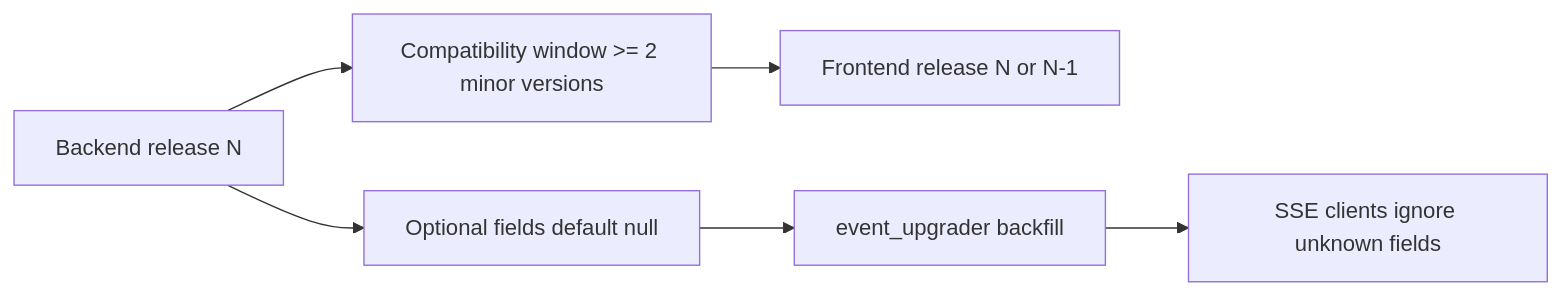
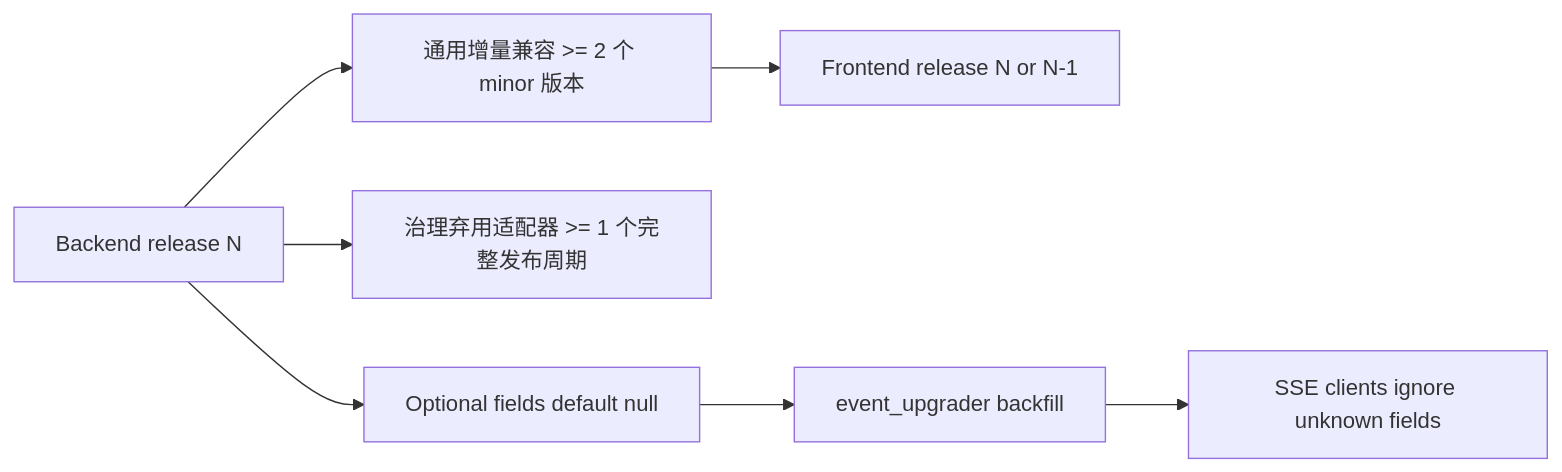
One commit to OceaLong/opencitadel changed the diagram in docs/architecture/contract-compatibility.zh-CN.md. Above: the diagram before and after it, drawn with Mermaid. The commit also changed other lines of this file and 333 other files, not shown here.

````diff
--- a/docs/architecture/contract-compatibility.zh-CN.md
+++ b/docs/architecture/contract-compatibility.zh-CN.md
@@ -7,8 +7,9 @@
 ```mermaid
 flowchart LR
-  Backend["Backend release N"] --> Window["Compatibility window >= 2 minor versions"]
+  Backend["Backend release N"] --> Window["通用增量兼容 >= 2 个 minor 版本"]
   Window --> Frontend["Frontend release N or N-1"]
+  Backend --> Deprecated["治理弃用适配器 >= 1 个完整发布周期"]
   Backend --> Optional["Optional fields default null"]
   Optional --> Upgrader["event_upgrader backfill"]
   Upgrader --> Clients["SSE clients ignore unknown fields"]
 ```
````
